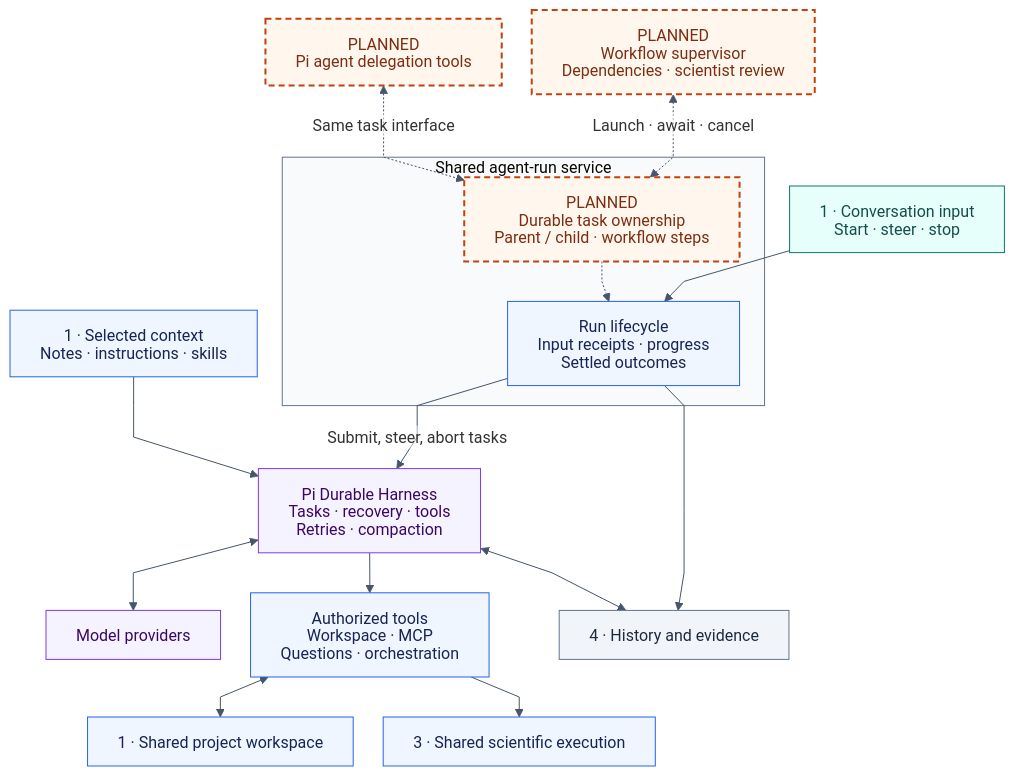
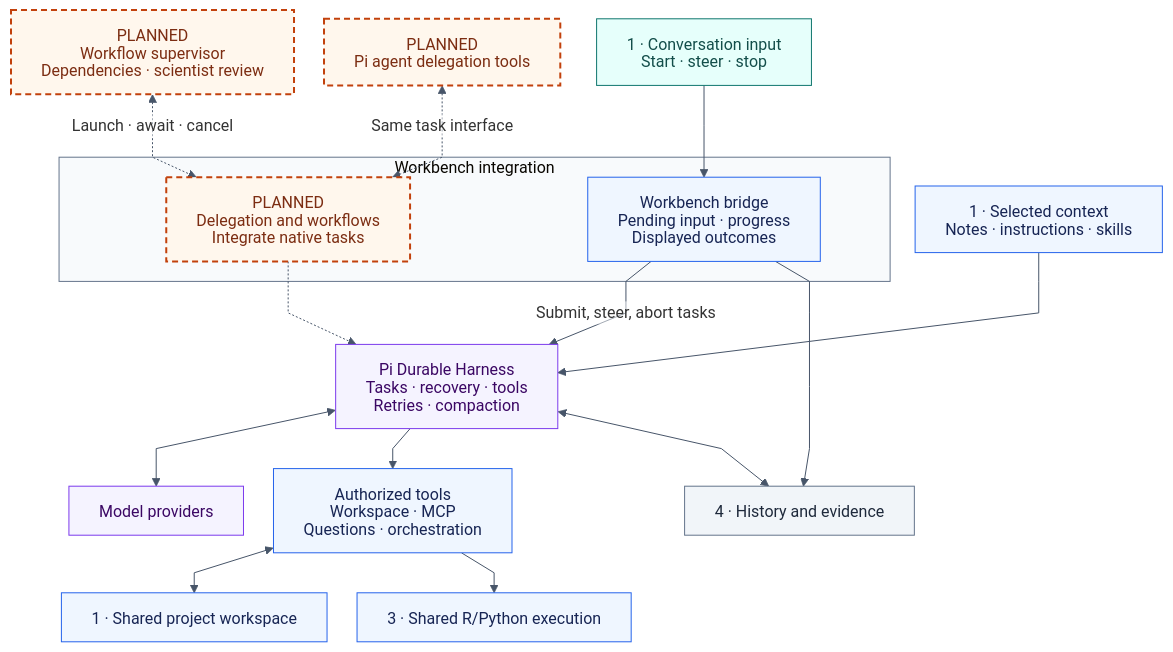
One commit to carl-stone/biologue changed the third of 5 diagrams in ARCHITECTURE.md. Above: the diagram before and after it, drawn with Mermaid. The commit also changed other lines of this file and 31 other files, not shown here.

Commit message:
Remove scientific checks and simplify Durable integration

````diff
--- a/ARCHITECTURE.md
+++ b/ARCHITECTURE.md
@@ -133,43 +132,43 @@
 ```mermaid
 %%{init: {"theme":"base","htmlLabels":false,"markdownAutoWrap":false,"themeVariables":{"fontFamily":"Arial, sans-serif","lineColor":"#475569","edgeLabelBackground":"#FFFFFF"},"flowchart":{"htmlLabels":false,"curve":"linear","nodeSpacing":30,"rankSpacing":40,"wrappingWidth":240,"minNodeWidth":200}}}%%
 flowchart TB
     UI["1 · Conversation input<br/>Start · steer · stop"]
     Workflow["PLANNED<br/>Workflow supervisor<br/>Dependencies · scientist review"]
     Delegate["PLANNED<br/>Pi agent delegation tools"]
-    subgraph Runs["Shared agent-run service"]
-        Lifecycle["Run lifecycle<br/>Input receipts · progress<br/>Settled outcomes"]
-        Tasks["PLANNED<br/>Durable task ownership<br/>Parent / child · workflow steps"]
+    subgraph Runs["Workbench integration"]
+        Lifecycle["Workbench bridge<br/>Pending input · progress<br/>Displayed outcomes"]
+        Tasks["PLANNED<br/>Delegation and workflows<br/>Integrate native tasks"]
     end
     Context["1 · Selected context<br/>Notes · instructions · skills"]
     Pi["Pi Durable Harness<br/>Tasks · recovery · tools<br/>Retries · compaction"]
     Models["Model providers"]
     Tools["Authorized tools<br/>Workspace · MCP<br/>Questions · orchestration"]
     Project["1 · Shared project workspace"]
-    Execution["3 · Shared scientific execution"]
+    Execution["3 · Shared R/Python execution"]
     Evidence["4 · History and evidence"]
 
     UI --> Lifecycle
     Workflow <-.->|"Launch · await · cancel"| Tasks
     Delegate <-.->|"Same task interface"| Tasks
-    Tasks -.-> Lifecycle
+    Tasks -.-> Pi
     Lifecycle -->|"Submit, steer, abort tasks"| Pi
     Context --> Pi
     Pi <--> Models
     Pi --> Tools
     Tools <--> Project
     Tools --> Execution
     Lifecycle --> Evidence
     Pi <--> Evidence
 
     classDef workbench fill:#E6FFFB,stroke:#0F766E,color:#134E4A
     classDef app fill:#EFF6FF,stroke:#2563EB,color:#172554
     classDef pi fill:#F5F3FF,stroke:#7C3AED,color:#3B0764
     classDef storage fill:#F1F5F9,stroke:#64748B,color:#1E293B
     classDef planned fill:#FFF7ED,stroke:#C2410C,color:#7C2D12,stroke-width:2px,stroke-dasharray:6 4
     class UI workbench
     class Lifecycle,Context,Tools,Project,Execution app
     class Pi,Models pi
     class Evidence storage
     class Workflow,Delegate,Tasks planned
     style Runs fill:#F8FAFC,stroke:#64748B,color:#1E293B
 ```
````
